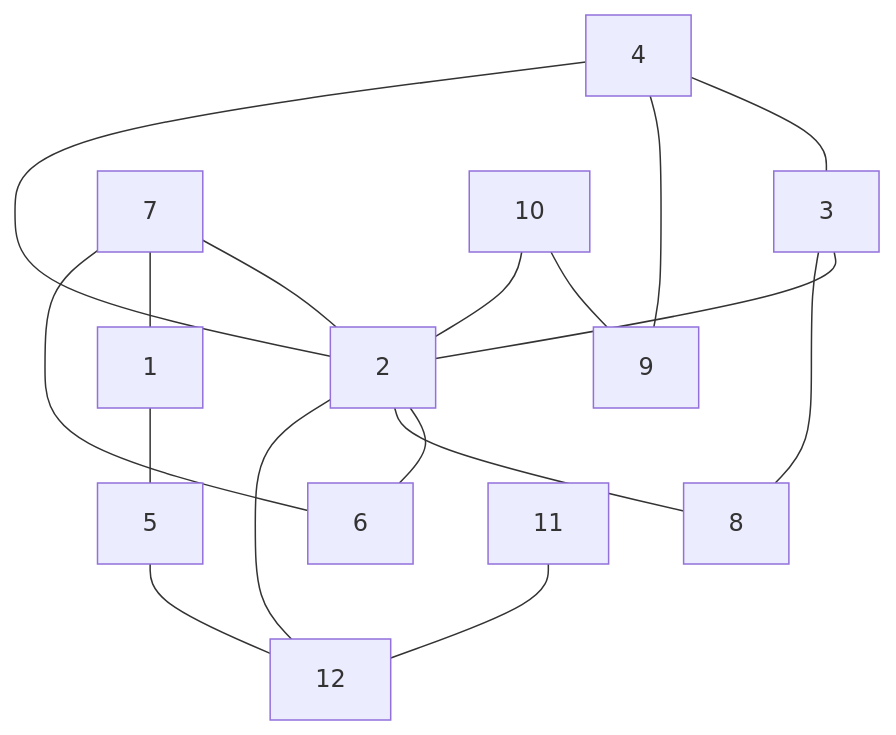
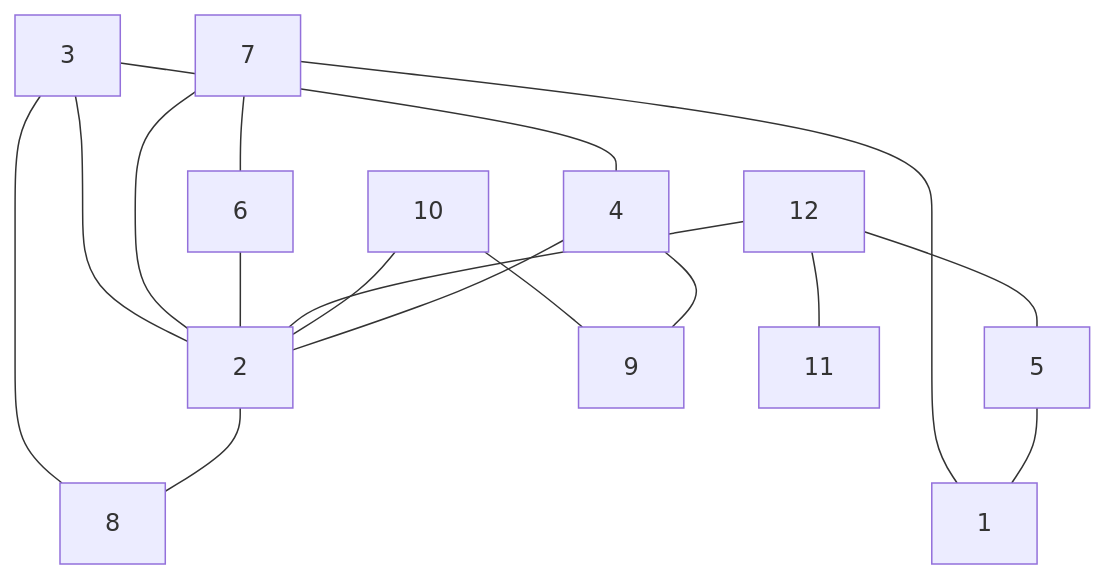
The diagram in README.md (antononcube/Raku-Graph), drawn with Mermaid before and after one commit. The commit also changed other lines of this file and 1 other file, not shown here.

Commit message:
docs:Additional explanations.

````diff
--- a/README.md
+++ b/README.md
@@ -144,19 +146,19 @@
 ```mermaid
 graph TD
+3 --- 8
+3 --- 2
+3 --- 4
+7 --- 1
+7 --- 2
+7 --- 6
+6 --- 2
+12 --- 5
+12 --- 11
+12 --- 2
+5 --- 1
+10 --- 2
 10 --- 9
-10 --- 2
-7 --- 2
-7 --- 1
-7 --- 6
-4 --- 3
 4 --- 9
 4 --- 2
-3 --- 2
-3 --- 8
-2 --- 6
 2 --- 8
-2 --- 12
-11 --- 12
-1 --- 5
-5 --- 12
 ```
````
